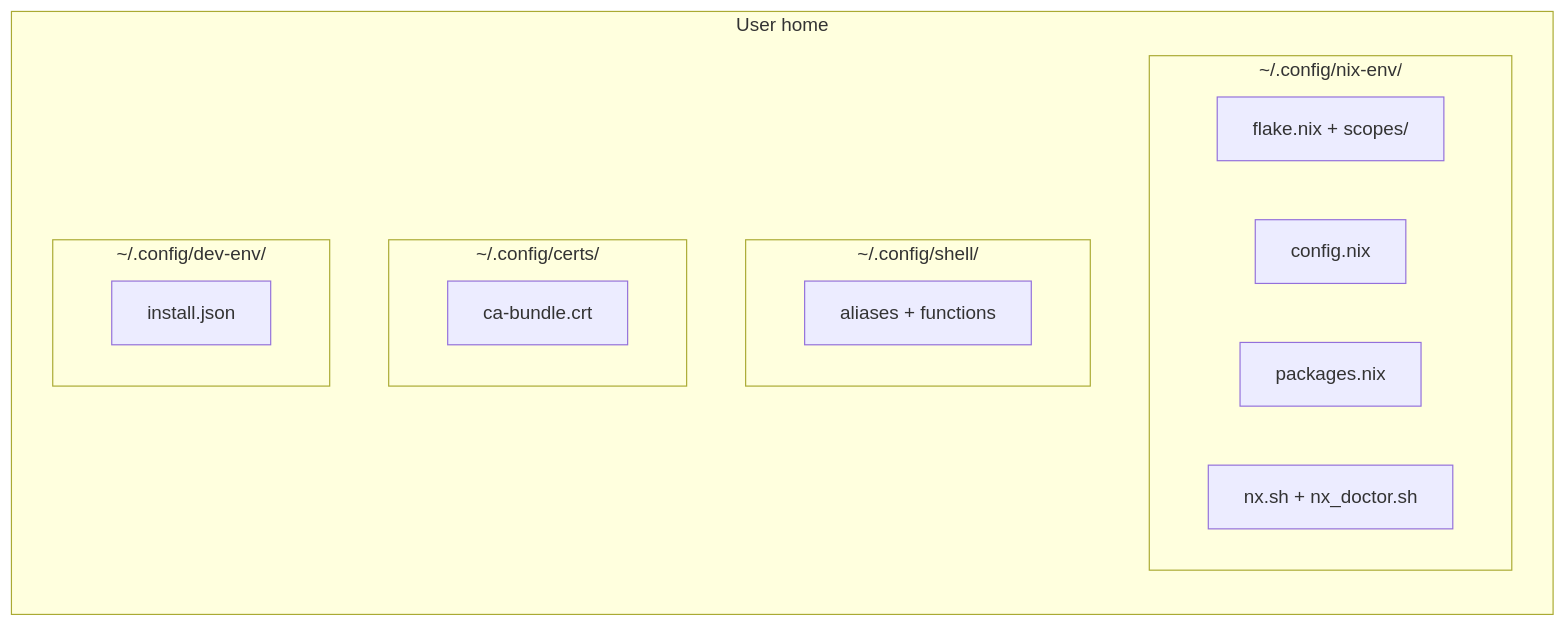
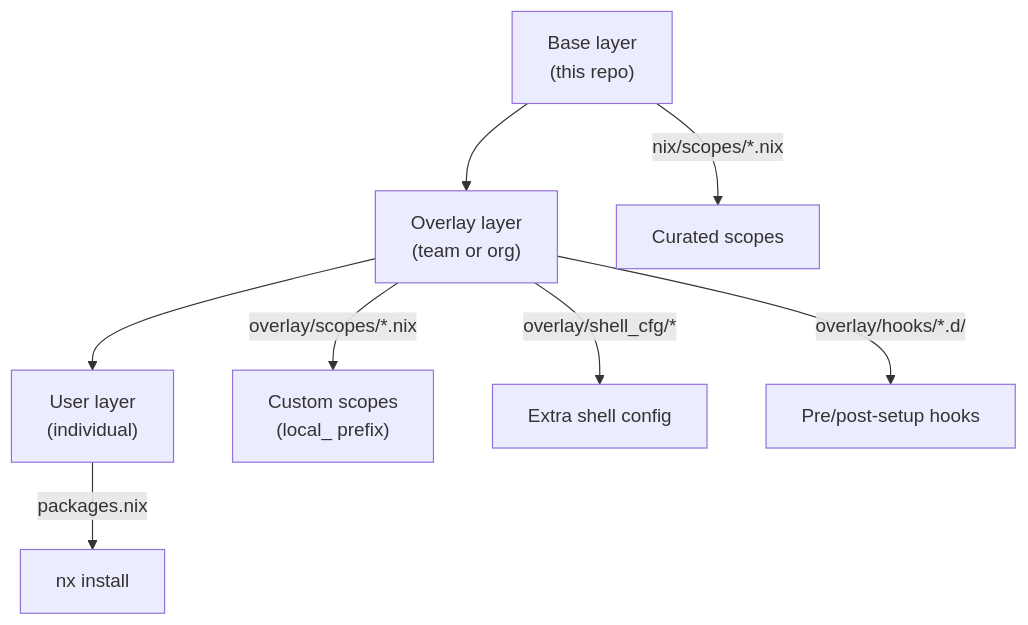
Before and after one commit to szymonos/envy-nx: the sixth of 6 diagrams in docs/architecture.md, drawn with Mermaid. The commit also changed other lines of this file, not shown here.

First line of the commit message:
docs(architecture): expand user-facing page with daily-use sections

````diff
--- a/docs/architecture.md
+++ b/docs/architecture.md
@@ -194,20 +398,14 @@
 ```mermaid
-flowchart LR
-    subgraph home["User home"]
-        subgraph nix_env["~/.config/nix-env/"]
-            F["flake.nix + scopes/"]
-            C["config.nix"]
-            P["packages.nix"]
-            NX["nx.sh + nx_doctor.sh"]
-        end
-        subgraph shell_cfg["~/.config/shell/"]
-            A["aliases + functions"]
-        end
-        subgraph certs["~/.config/certs/"]
-            CA["ca-bundle.crt"]
-        end
-        subgraph prov["~/.config/dev-env/"]
-            IJ["install.json"]
-        end
-    end
+graph TD
+    A["Base layer
+    (this repo)"] --> B["Overlay layer
+    (team or org)"]
+    B --> C["User layer
+    (individual)"]
+    A -- "nix/scopes/*.nix" --> D["Curated scopes"]
+    B -- "overlay/scopes/*.nix" --> E["Custom scopes
+    (local_ prefix)"]
+    B -- "overlay/shell_cfg/*" --> F["Extra shell config"]
+    B -- "overlay/hooks/*.d/" --> G["Pre/post-setup hooks"]
+    C -- "packages.nix" --> H["nx install <pkg>"]
 ```
````
